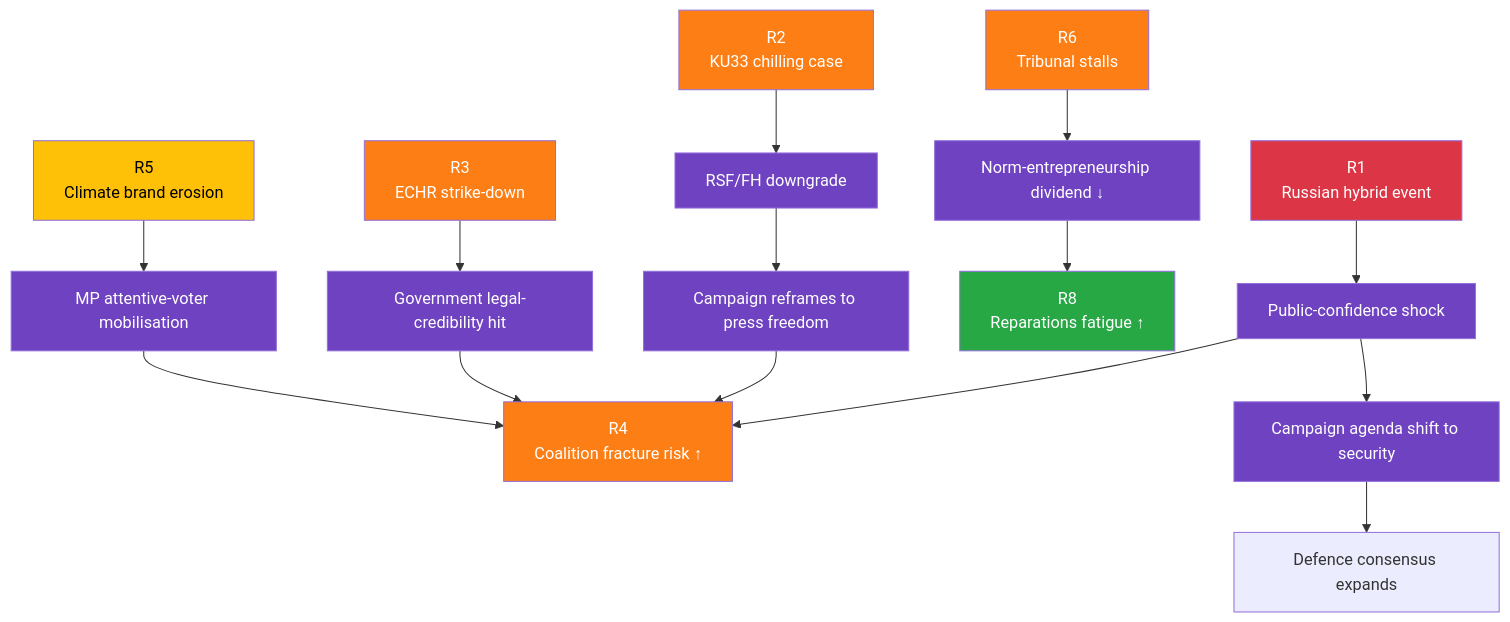
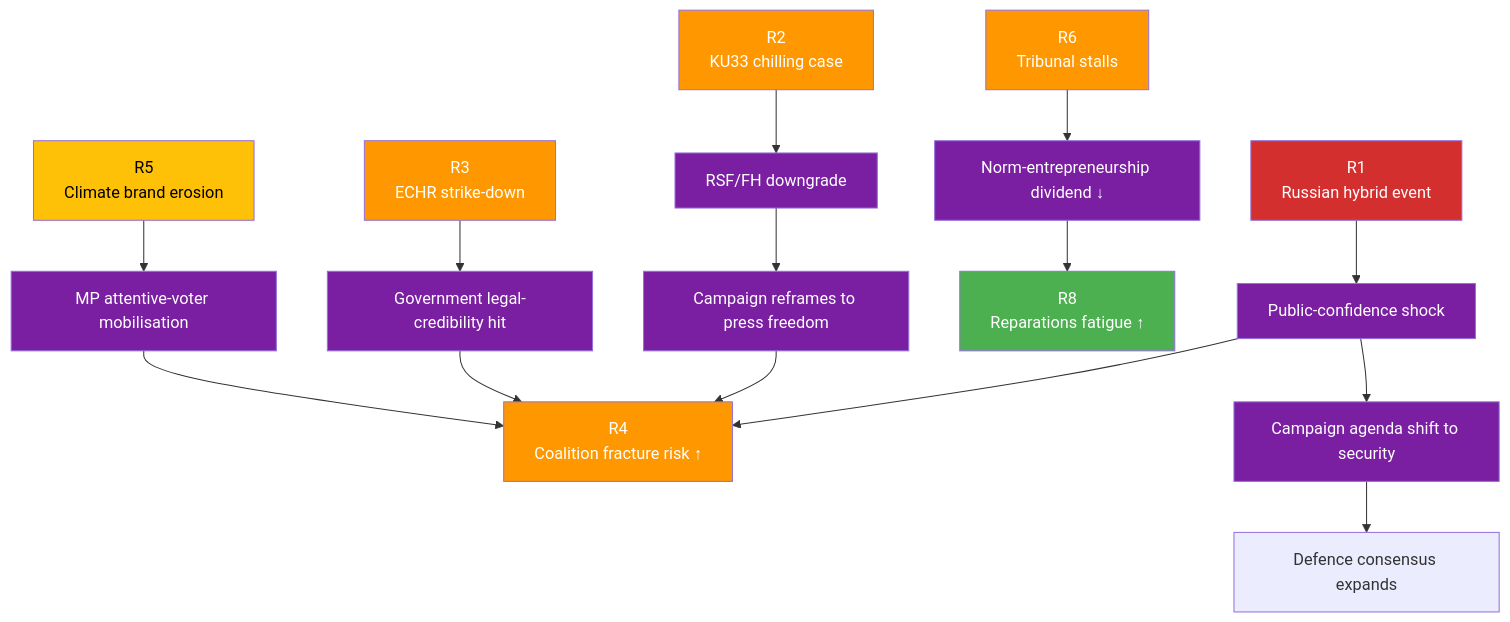
The second of 3 diagrams in analysis/daily/2026-04-18/weekly-review/risk-assessment.md (Hack23/riksdagsmonitor), drawn with Mermaid before and after one commit. The commit also changed 785 other files, not shown here.

First line of the commit message:
Normalize mermaid colors across 786 analysis artifacts to ISMS Style Guide palette

````diff
--- a/analysis/daily/2026-04-18/weekly-review/risk-assessment.md
+++ b/analysis/daily/2026-04-18/weekly-review/risk-assessment.md
@@ -116,31 +116,31 @@
 ```mermaid
 flowchart TD
     R1["R1<br/>Russian hybrid event"] --> CASCADE1["Public-confidence shock"]
     CASCADE1 --> R4["R4<br/>Coalition fracture risk ↑"]
     CASCADE1 --> CAMP["Campaign agenda shift to security"]
     CAMP --> CONS["Defence consensus expands"]
     R2["R2<br/>KU33 chilling case"] --> RSF["RSF/FH downgrade"]
     RSF --> CAMP2["Campaign reframes to press freedom"]
     CAMP2 --> R4
     R3["R3<br/>ECHR strike-down"] --> COURT["Government legal-credibility hit"]
     COURT --> R4
     R6["R6<br/>Tribunal stalls"] --> NORM["Norm-entrepreneurship dividend ↓"]
     NORM --> R8["R8<br/>Reparations fatigue ↑"]
     R5["R5<br/>Climate brand erosion"] --> MP_RISE["MP attentive-voter mobilisation"]
     MP_RISE --> R4
 
-    style R1 fill:#dc3545,color:#fff
-    style R2 fill:#fd7e14,color:#fff
-    style R3 fill:#fd7e14,color:#fff
-    style R4 fill:#fd7e14,color:#fff
-    style R5 fill:#ffc107,color:#000
-    style R6 fill:#fd7e14,color:#fff
-    style R8 fill:#28a745,color:#fff
-    style CASCADE1 fill:#6f42c1,color:#fff
-    style CAMP fill:#6f42c1,color:#fff
-    style CAMP2 fill:#6f42c1,color:#fff
-    style RSF fill:#6f42c1,color:#fff
-    style COURT fill:#6f42c1,color:#fff
-    style NORM fill:#6f42c1,color:#fff
-    style MP_RISE fill:#6f42c1,color:#fff
+    style R1 fill:#D32F2F,color:#FFFFFF
+    style R2 fill:#FF9800,color:#FFFFFF
+    style R3 fill:#FF9800,color:#FFFFFF
+    style R4 fill:#FF9800,color:#FFFFFF
+    style R5 fill:#FFC107,color:#000000
+    style R6 fill:#FF9800,color:#FFFFFF
+    style R8 fill:#4CAF50,color:#FFFFFF
+    style CASCADE1 fill:#7B1FA2,color:#FFFFFF
+    style CAMP fill:#7B1FA2,color:#FFFFFF
+    style CAMP2 fill:#7B1FA2,color:#FFFFFF
+    style RSF fill:#7B1FA2,color:#FFFFFF
+    style COURT fill:#7B1FA2,color:#FFFFFF
+    style NORM fill:#7B1FA2,color:#FFFFFF
+    style MP_RISE fill:#7B1FA2,color:#FFFFFF
 ```
````
